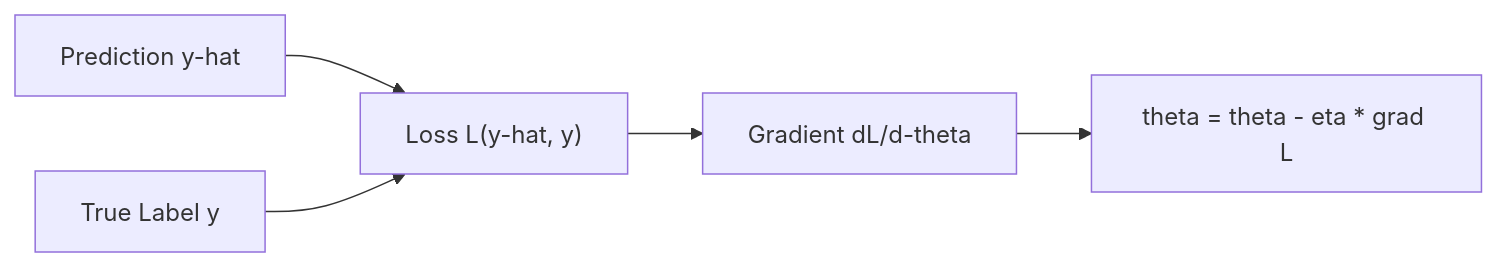
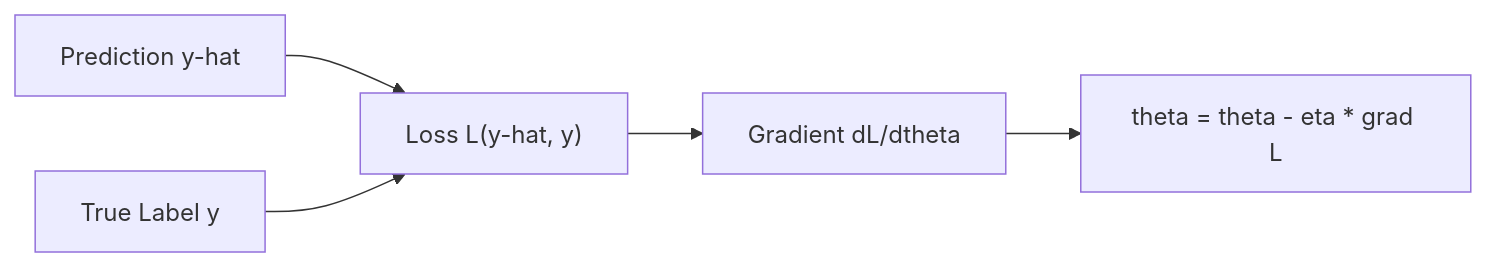
The second of 5 diagrams in exam_answers/test_answer_key.md (chinnaip/DeeplearingClassNotes), drawn with Mermaid before and after one commit. The commit also changed other lines of this file, not shown here.

````diff
--- a/exam_answers/test_answer_key.md
+++ b/exam_answers/test_answer_key.md
@@ -49,6 +49,6 @@
 ```mermaid
 flowchart LR
     Pred["Prediction y-hat"] & True["True Label y"] --> Loss["Loss L(y-hat, y)"]
-    Loss --> Grad["Gradient dL/d-theta"]
+    Loss --> Grad["Gradient dL/dtheta"]
     Grad --> Update["theta = theta - eta * grad L"]
 ```
````
